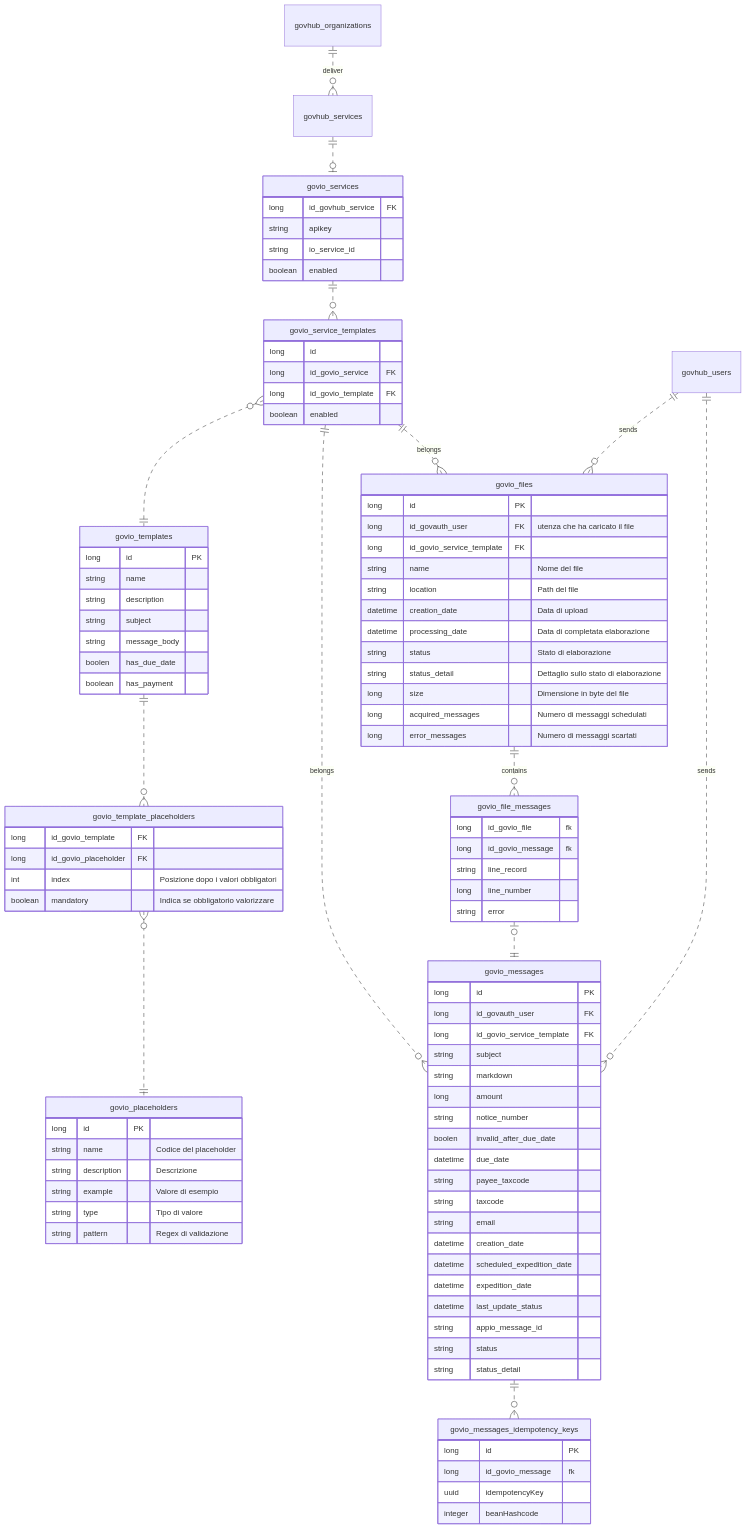
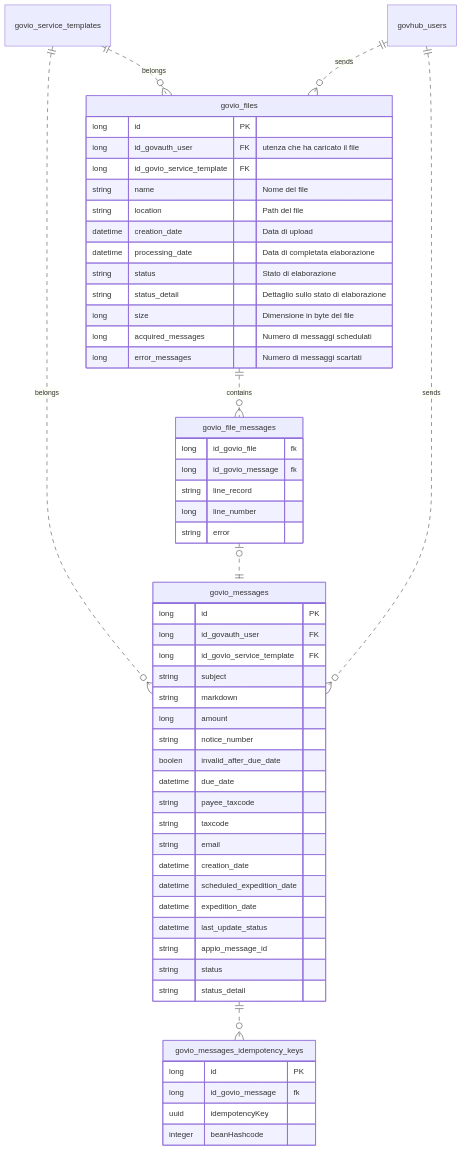
One commit to link-it/govio-docs changed the second of 2 diagrams in documentazione-tecnica/database.md. Above: the diagram before and after it, drawn with Mermaid.

Commit message:
GITBOOK-27: change request with no subject merged in GitBook

````diff
--- a/documentazione-tecnica/database.md
+++ b/documentazione-tecnica/database.md
@@ -7,14 +68,6 @@
 ```mermaid
 erDiagram
 
-
-    govhub_services ||..o| govio_services : ""
-    govio_services ||..o{ govio_service_templates : ""
-    govio_service_templates }o..|| govio_templates : ""
-    govhub_organizations ||..o{ govhub_services : deliver
-
-    govio_templates ||..o{ govio_template_placeholders : ""
-    govio_template_placeholders }o..|| govio_placeholders : ""
     govio_service_templates ||..o{ govio_messages : belongs 
     govio_service_templates ||..o{ govio_files : belongs
     govhub_users ||..o{ govio_files : sends  
@@ -22,47 +75,6 @@
     govio_file_messages o|..|| govio_messages : "" 
     govhub_users ||..o{ govio_messages : sends  
     govio_messages ||..o{ govio_messages_idempotency_keys : ""
-
-
-    govio_services {
-        long id_govhub_service FK
-        string apikey
-        string io_service_id
-        boolean enabled
-    }
-
-    govio_service_templates {
-        long id
-        long id_govio_service FK
-        long id_govio_template FK
-        boolean enabled
-    }
-
-    govio_templates {
-        long id PK
-        string name
-        string description
-        string subject
-        string message_body
-        boolen has_due_date
-        boolean has_payment
-    }
-
-    govio_template_placeholders {
-        long id_govio_template FK
-        long id_govio_placeholder FK
-        int index "Posizione dopo i valori obbligatori"
-        boolean mandatory "Indica se obbligatorio valorizzare"
-    }
-
-    govio_placeholders {
-        long id PK
-        string name "Codice del placeholder"
-        string description "Descrizione"
-        string example "Valore di esempio"
-        string type "Tipo di valore"
-        string pattern "Regex di validazione"
-    }
 
     govio_files {
         long id PK
@@ -117,7 +129,4 @@
     }
 
 
-
-
-
 ```
````
